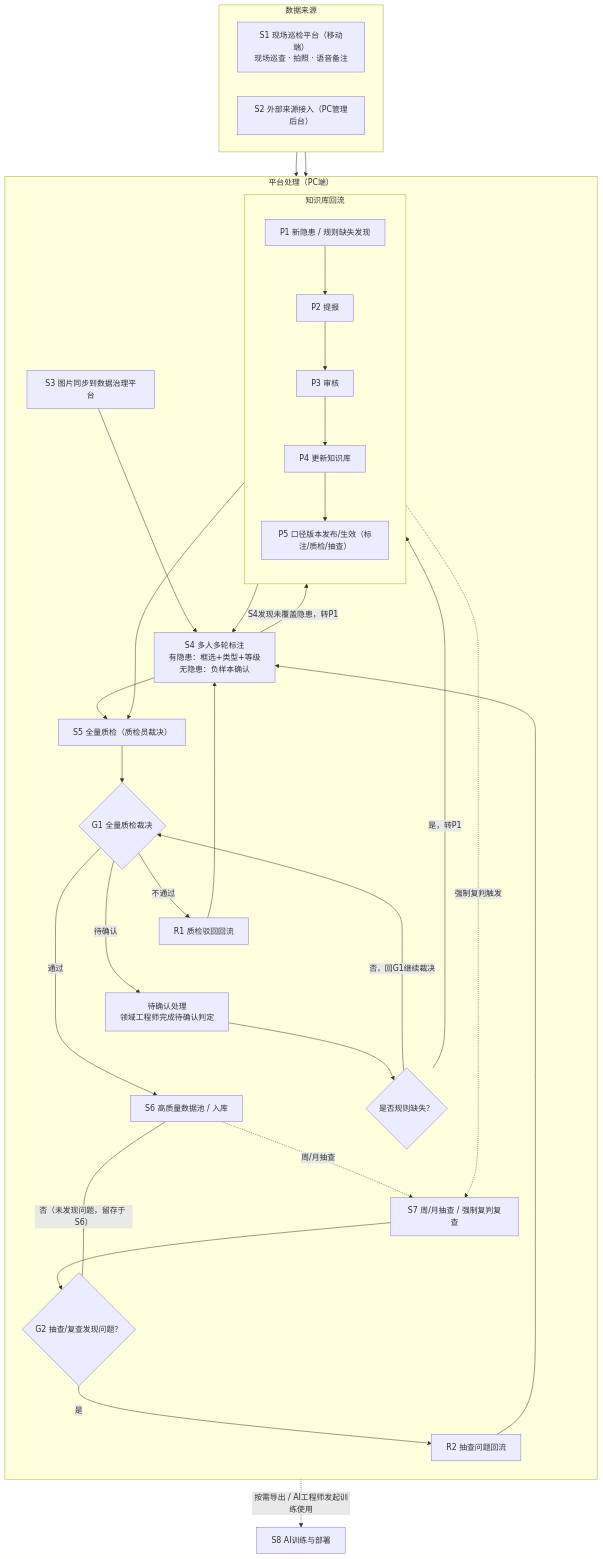
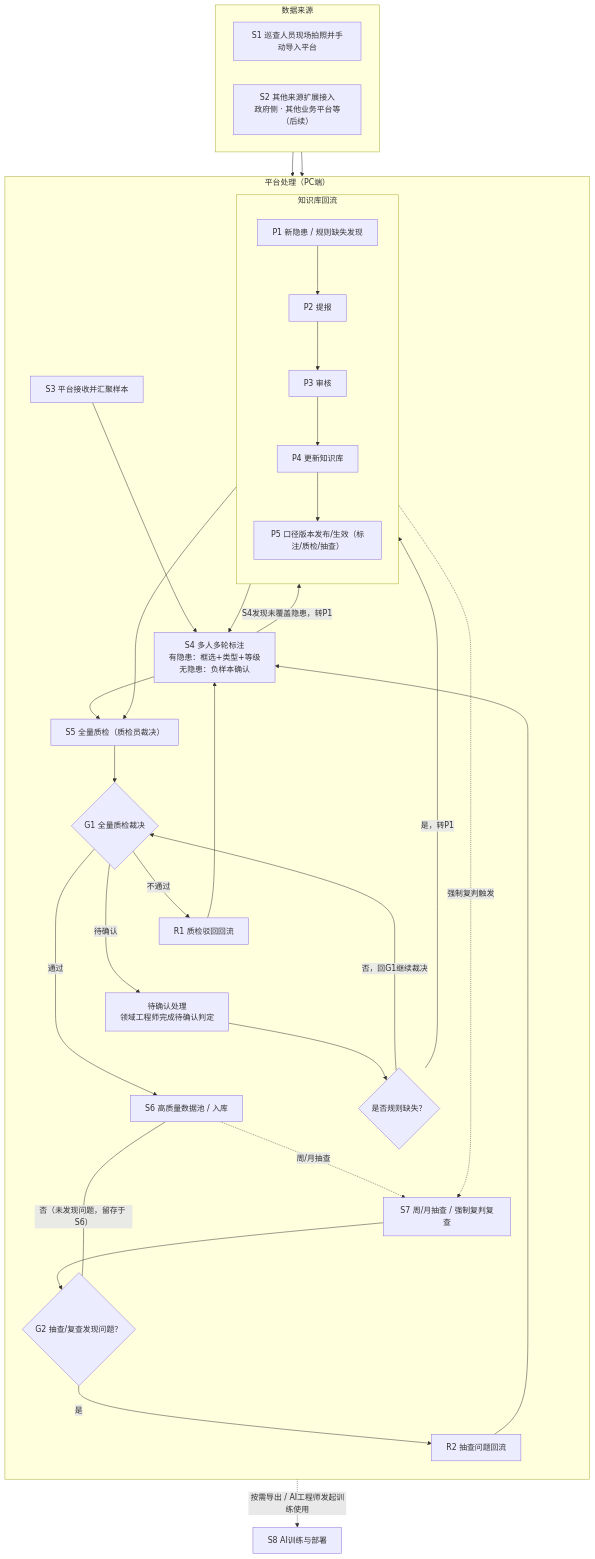
Before and after one commit to zhudan930612/Data-governance: the diagram in 数据治理平台-Mermaid.mmd, drawn with Mermaid. The commit also changed 4 other files, not shown here.

```diff
--- a/数据治理平台-Mermaid.mmd
+++ b/数据治理平台-Mermaid.mmd
@@ -1,65 +1,65 @@
 %%{init: {'theme':'mc'}}%%
 flowchart TD
     subgraph SRC ["数据来源"]
         direction LR
-        A1["S1 现场巡检平台（移动端）<br/>现场巡查 · 拍照 · 语音备注"]
-        A2["S2 外部来源接入（PC管理后台）"]
+        A1["S1 巡查人员现场拍照并手动导入平台"]
+        A2["S2 其他来源扩展接入<br/>政府侧 · 其他业务平台等（后续）"]
     end
 
     subgraph PLT ["平台处理（PC端）"]
         direction TB
-        B["S3 图片同步到数据治理平台"]
+        B["S3 平台接收并汇聚样本"]
         E["S4 多人多轮标注<br/>有隐患：框选+类型+等级<br/>无隐患：负样本确认"]
         G["S5 全量质检（质检员裁决）"]
         G1{"G1 全量质检裁决"}
         H["S6 高质量数据池 / 入库"]
         S7["S7 周/月抽查 / 强制复判复查"]
         G2{"G2 抽查/复查发现问题？"}
 
         R1["R1 质检驳回回流"]
         Q["待确认处理<br/>领域工程师完成待确认判定"]
         Q1{"是否规则缺失？"}
         R2["R2 抽查问题回流"]
 
         B --> E
         E --> G
         G --> G1
         G1 -->|"通过"| H
         H -.->|"周/月抽查"| S7
         S7 --> G2
         G2 ---|"否（未发现问题，留存于 S6）"| H
 
         subgraph LOOP ["知识库回流"]
             direction TB
             U["P1 新隐患 / 规则缺失发现"]
             U --> V["P2 提报"]
             V --> W["P3 审核"]
             W --> X["P4 更新知识库"]
             X --> Y["P5 口径版本发布/生效（标注/质检/抽查）"]
         end
 
         G1 -->|"不通过"| R1
         G1 -->|"待确认"| Q
         R1 --> E
         Q --> Q1
         Q1 -->|"是，转P1"| U
         Q1 -->|"否，回G1继续裁决"| G1
         G2 -->|"是"| R2
         R2 --> E
 
         E -->|"S4发现未覆盖隐患，转P1"| U
         Y --> E
         Y --> G
         Y -.->|"强制复判触发"| S7
 
         R1 ~~~ Q
         Q ~~~ H
         U ~~~ H
         R2 ~~~ S7
     end
 
     A1 --> B
     A2 --> B
 
 
     H -.->|"按需导出 / AI工程师发起训练使用"| M["S8 AI训练与部署"]
```
